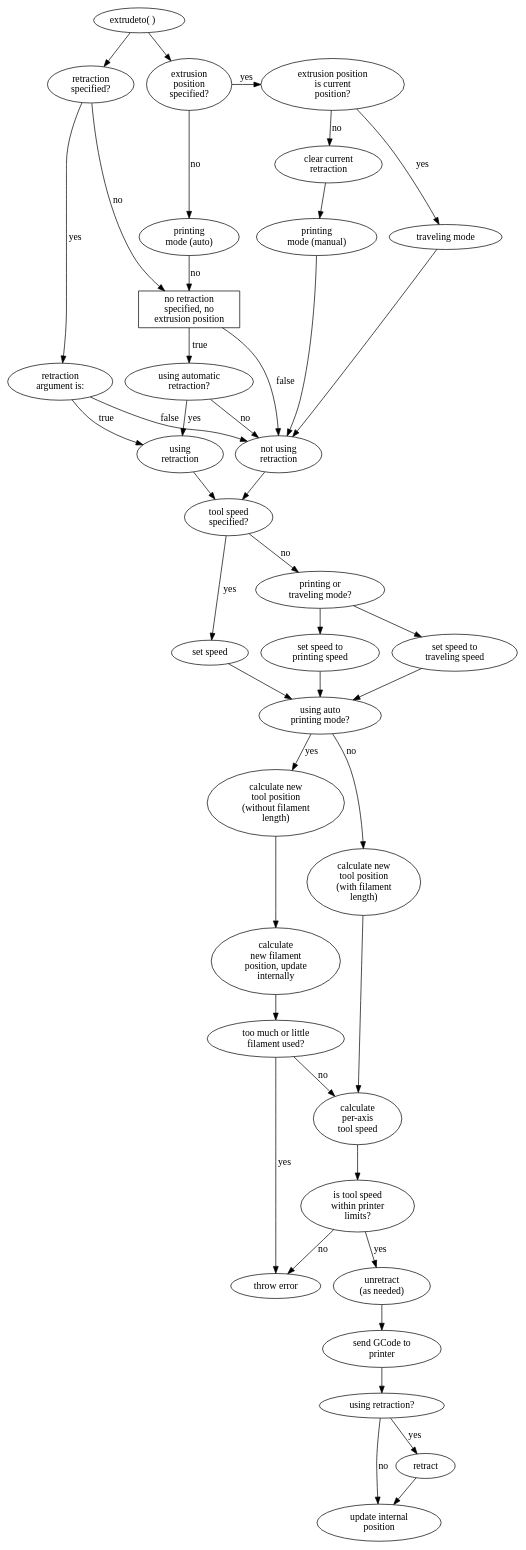
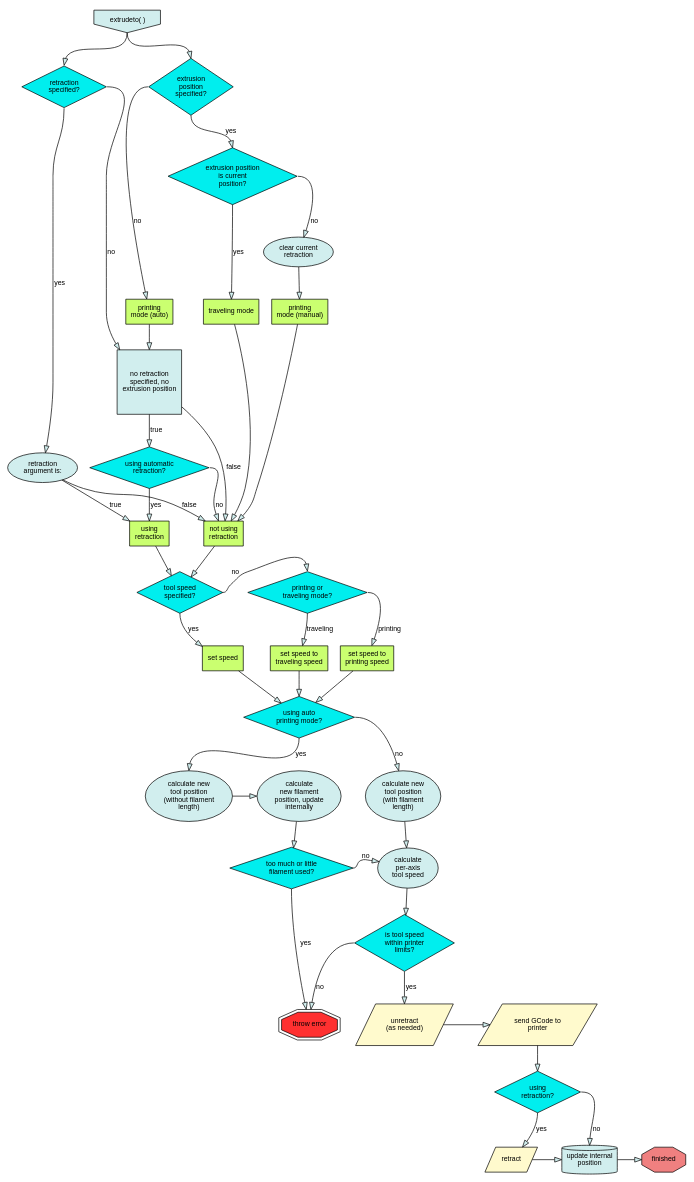
Before and after one commit to pixelpusher/liveprinter: the diagram in reference/extrudeto.dot, drawn with Graphviz. The commit also changed 3 other files, not shown here.

Commit message:
possibly finished and colored graphs about print and extrudeto functions

```diff
--- a/reference/extrudeto.dot
+++ b/reference/extrudeto.dot
@@ -1,121 +1,150 @@
 
 
 digraph movement {
 
     splines="TRUE";
 
+    node [style="filled", fillcolor="lightcyan2", fontsize="10", fontname="Arial"]
+
+    edge [style="filled", fillcolor="lightcyan2", fontsize="10", fontname="Arial", compound=true]
+
     /* Entities */
 
-    start [label=<extrudeto( )>, shape="ellipse" ]
+    start [label=<extrudeto( )>, shape="invhouse" ]
 
-    //checkwait [label="waiting\ntime set?" shape="diamond"]    
+    "retraction\nspecified?" [shape="diamond",style=filled, fillcolor="cyan2"]
+    "extrusion\nposition\nspecified?"  [shape="diamond",style=filled, fillcolor="cyan2"]
+    "extrusion position\nis current\nposition?" [shape="diamond",style=filled, fillcolor="cyan2"]
+    "using automatic\nretraction?" [shape="diamond",style=filled, fillcolor="cyan2"]
+    "tool speed\nspecified?" [shape="diamond",style=filled, fillcolor="cyan2"]
+    "too much or little\nfilament used?" [shape="diamond",style=filled, fillcolor="cyan2"]
+    "is tool speed\nwithin printer\nlimits?" [shape="diamond",style=filled, fillcolor="cyan2"]
+    "using\nretraction?" [shape="diamond",style=filled, fillcolor="cyan2"]
+    "using auto\nprinting mode?"  [shape="diamond",style=filled, fillcolor="cyan2"]
+    "printing or\ntraveling mode?" [shape="diamond",style=filled, fillcolor="cyan2"]
 
-    //"printer\nwaits" [shape="house"]
+    "set speed to\nprinting speed" [shape="rect",style=filled, fillcolor="darkolivegreen1"]
+    "set speed to\ntraveling speed" [shape="rect",style=filled, fillcolor="darkolivegreen1"]
+    "set speed" [shape="rect",style=filled, fillcolor="darkolivegreen1"]
 
-    "no retraction\nspecified, no\nextrusion position" [shape="rect"]
+    "printing\nmode (auto)" [shape="rect",style=filled, fillcolor="darkolivegreen1"]
+    "printing\nmode (manual)" [shape="rect",style=filled, fillcolor="darkolivegreen1"]
+    "traveling mode" [shape="rect",style=filled, fillcolor="darkolivegreen1"]
+
+    "using\nretraction" [shape="rect",style=filled, fillcolor="darkolivegreen1"]
+    "not using\nretraction" [shape="rect",style=filled, fillcolor="darkolivegreen1"]
+    
+    "unretract\n(as needed)"[shape="parallelogram",style=filled, fillcolor="lemonchiffon"] //lemonchiffon
+    "send GCode to\nprinter"[shape="parallelogram",style=filled, fillcolor="lemonchiffon"]
+    "retract" [shape="parallelogram",style=filled, fillcolor="lemonchiffon"]
+
+    "update internal\nposition" [shape="cylinder"]
+
+    "no retraction\nspecified, no\nextrusion position" [shape="square"]
+    "throw error" [shape="doubleoctagon", style=filled, fillcolor="firebrick1" ]
+
+    "finished" [shape="octagon",style="filled",fillcolor="lightcoral"]
 
     /* Relationships */
     
-    start ->  "retraction\nspecified?"
+    start:s ->  "retraction\nspecified?":n
 
-    start -> "extrusion\nposition\nspecified?"
+    start:s -> "extrusion\nposition\nspecified?":n
 
-    "retraction\nspecified?" -> "retraction\nargument is:" [label="yes"]
+    "retraction\nspecified?":s -> "retraction\nargument is:" [label=" yes"]
 
-    "retraction\nspecified?" -> "no retraction\nspecified, no\nextrusion position" [label="no"]
+    "retraction\nspecified?":e -> "no retraction\nspecified, no\nextrusion position" [label=" no"]
 
-    "extrusion\nposition\nspecified?" -> "printing\nmode (auto)" [label="no"]
+    "extrusion\nposition\nspecified?":w -> "printing\nmode (auto)" [label=" no"]
 
-    "printing\nmode (auto)" -> "no retraction\nspecified, no\nextrusion position" [label="no"]
+    "printing\nmode (auto)" -> "no retraction\nspecified, no\nextrusion position"
 
-    "no retraction\nspecified, no\nextrusion position" -> "using automatic\nretraction?" [label="true"]
+    "no retraction\nspecified, no\nextrusion position" -> "using automatic\nretraction?" [label=" true"]
 
-    "no retraction\nspecified, no\nextrusion position" -> "not using\nretraction" [label="false"]
+    "no retraction\nspecified, no\nextrusion position" -> "not using\nretraction" [label=" false"]
     
-     "using automatic\nretraction?" -> "using\nretraction"  [label="yes"]
+     "using automatic\nretraction?":s -> "using\nretraction"  [label=" yes"]
 
-    "retraction\nargument is:" -> "using\nretraction"  [label="true"]
-    "retraction\nargument is:" -> "not using\nretraction"  [label="false"]
+    "retraction\nargument is:" -> "using\nretraction"  [label=" true"]
+    "retraction\nargument is:" -> "not using\nretraction"  [label=" false"]
     
+    "using automatic\nretraction?":e -> "not using\nretraction" [label=" no"]
+    
+    "extrusion\nposition\nspecified?":s -> "extrusion position\nis current\nposition?":n [label=" yes"]
 
-//"using automatic\nretraction?" [label="no\n(calculate based\non movement\n length)"]
-
-    "using automatic\nretraction?" -> "not using\nretraction" [label="no"]
-    
-    "extrusion\nposition\nspecified?" -> "extrusion position\nis current\nposition?" [label="yes"]
-
-    "extrusion position\nis current\nposition?" -> "traveling mode" [label="yes"]
+    "extrusion position\nis current\nposition?":s -> "traveling mode" [label=" yes"]
     
     "traveling mode" -> "not using\nretraction" 
 
-    "extrusion position\nis current\nposition?" -> "clear current\nretraction" [label="no"]
+    "extrusion position\nis current\nposition?":e -> "clear current\nretraction" [label=" no"]
     
     "clear current\nretraction" -> "printing\nmode (manual)"
 
     "printing\nmode (manual)" -> "not using\nretraction" 
  
     "not using\nretraction" -> "tool speed\nspecified?"
 
     "using\nretraction" -> "tool speed\nspecified?"
 
-    "tool speed\nspecified?" -> "set speed" [label="yes"]
+    "tool speed\nspecified?":s -> "set speed" [label=" yes"]
 
-    "tool speed\nspecified?" -> "printing or\ntraveling mode?" [label="no"]
+    "tool speed\nspecified?":e -> "printing or\ntraveling mode?":n [label=" no"]
 
-    "printing or\ntraveling mode?" -> "set speed to\ntraveling speed"
+    "printing or\ntraveling mode?":s -> "set speed to\ntraveling speed" [label=" traveling"]
 
-    "printing or\ntraveling mode?" -> "set speed to\nprinting speed"
+    "printing or\ntraveling mode?":e -> "set speed to\nprinting speed" [label=" printing"]
 
     "set speed" -> "using auto\nprinting mode?"
     "set speed to\nprinting speed" -> "using auto\nprinting mode?"
     "set speed to\ntraveling speed" -> "using auto\nprinting mode?"
     
-    "using auto\nprinting mode?" -> "calculate new\ntool position\n(without filament\nlength)" [label="yes"]
+    "using auto\nprinting mode?":s -> "calculate new\ntool position\n(without filament\nlength)":n [label=" yes"]
 
-    "using auto\nprinting mode?" -> "calculate new\ntool position\n(with filament\nlength)" [label="no"]
+    "using auto\nprinting mode?":e -> "calculate new\ntool position\n(with filament\nlength)" [label=" no"]
 
     "calculate new\ntool position\n(with filament\nlength)" -> "calculate\nper-axis\ntool speed"
 
     "calculate new\ntool position\n(without filament\nlength)" -> "calculate\nnew filament\nposition, update\ninternally"
 
     "calculate\nnew filament\nposition, update\ninternally" -> "too much or little\nfilament used?"
 
-    "too much or little\nfilament used?" -> "throw error" [label="yes"]
+    "too much or little\nfilament used?":s -> "throw error" [label=" yes"]
     
-    "too much or little\nfilament used?" -> "calculate\nper-axis\ntool speed" [label="no"]
+    "too much or little\nfilament used?":e -> "calculate\nper-axis\ntool speed" [label=" no"]
 
     "calculate\nper-axis\ntool speed" -> "is tool speed\nwithin printer\nlimits?"
 
-    "is tool speed\nwithin printer\nlimits?" -> "throw error" [label="no"]
+    "is tool speed\nwithin printer\nlimits?":w -> "throw error" [label=" no"]
 
-    "is tool speed\nwithin printer\nlimits?" -> "unretract\n(as needed)"[label="yes"]
+    "is tool speed\nwithin printer\nlimits?" -> "unretract\n(as needed)"[label=" yes"]
 
     "unretract\n(as needed)" -> "send GCode to\nprinter"
 
-    "send GCode to\nprinter" -> "using retraction?"
+    "send GCode to\nprinter" -> "using\nretraction?"
 
-    "using retraction?" -> "retract" [label="yes"]
+    "using\nretraction?":s -> "retract" [label=" yes"]
     "retract" -> "update internal\nposition"
-    "using retraction?" -> "update internal\nposition" [label="no"]
-    
+    "using\nretraction?":e -> "update internal\nposition":n [label=" no"]
 
-
-   
-
-    //unretract -> error [label="printer error"]
-
-    //unretract -> "printing"
-
-    //wait -> quit[label="response received"]
-    //wait -> error[label="no response"]
+    "update internal\nposition" -> "finished"
 
     /* Ranks */
-    subgraph start { rank=same; "retraction\nspecified?"; "extrusion\nposition\nspecified?"; "extrusion position\nis current\nposition?"};
+    subgraph start { rank=same; "retraction\nspecified?"; "extrusion\nposition\nspecified?"; };
 
     subgraph { rank=same;}
 
     subgraph { rank=same; "printing\nmode (auto)";"printing\nmode (manual)"; "traveling mode" }
 
     subgraph { rank=same; "set speed";  "set speed to\nprinting speed"; "set speed to\ntraveling speed"}
 
+    subgraph {rank=same; "calculate new\ntool position\n(without filament\nlength)"; "calculate new\ntool position\n(with filament\nlength)"; "calculate\nnew filament\nposition, update\ninternally"}
+
+    subgraph {rank="same";"tool speed\nspecified?";"printing or\ntraveling mode?"}
+
+    subgraph {rank="same"; "too much or little\nfilament used?"; "calculate\nper-axis\ntool speed"}
+
+    subgraph {rank="same"; "send GCode to\nprinter"; "unretract\n(as needed)"}
+    
+    subgraph {rank="same"; "update internal\nposition"; "retract";"finished"}
+
 }
```
